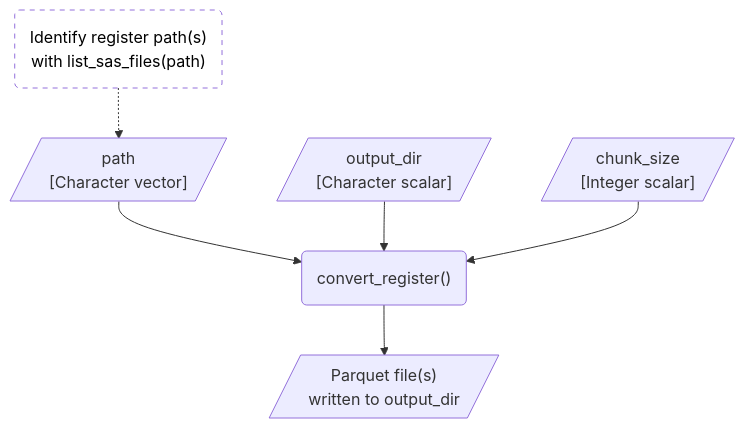
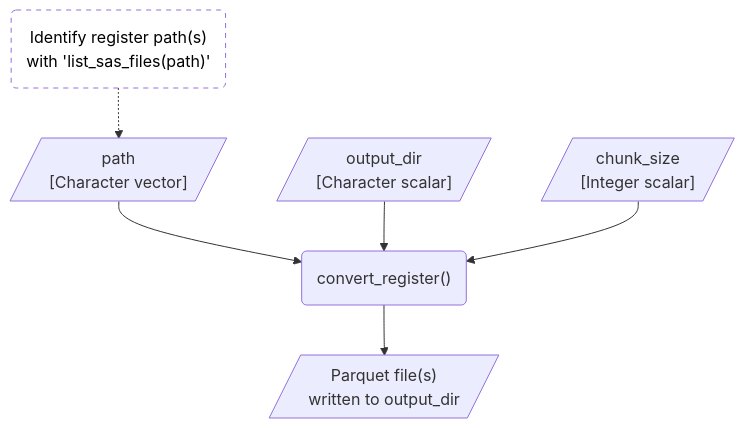
Before and after one commit to dp-next/registers2parquet: the first of 3 diagrams in vignettes/design.qmd, drawn with Mermaid. The commit also changed other lines of this file, not shown here.

````diff
--- a/vignettes/design.qmd
+++ b/vignettes/design.qmd
@@ -67,21 +57,20 @@
 ```{mermaid}
 %%| label: fig-flow
 %%| fig-cap: "Expected workflow for converting SAS files from a single register using `convert_register()`."
 %%| fig-alt: "A flowchart showing the expected flow of converting register SAS files to Parquet files."
-
 flowchart TD
-    identify_paths("Identify register path(s)<br>with list_sas_files(path)")
+    identify_paths("Identify register path(s)<br>with 'list_sas_files(path)'")
     path[/"path<br>[Character vector]"/]
     output_dir[/"output_dir<br>[Character scalar]"/]
     chunk_size[/"chunk_size<br>[Integer scalar]"/]
     convert_register("convert_register()")
     output[/"Parquet file(s)<br>written to output_dir"/]
 
     %% Edges
     identify_paths -.-> path --> convert_register
     output_dir & chunk_size --> convert_register
     convert_register --> output
 
     %% Style
     style identify_paths fill:#FFFFFF, color:#000000, stroke-dasharray: 5 5
 ```
````
